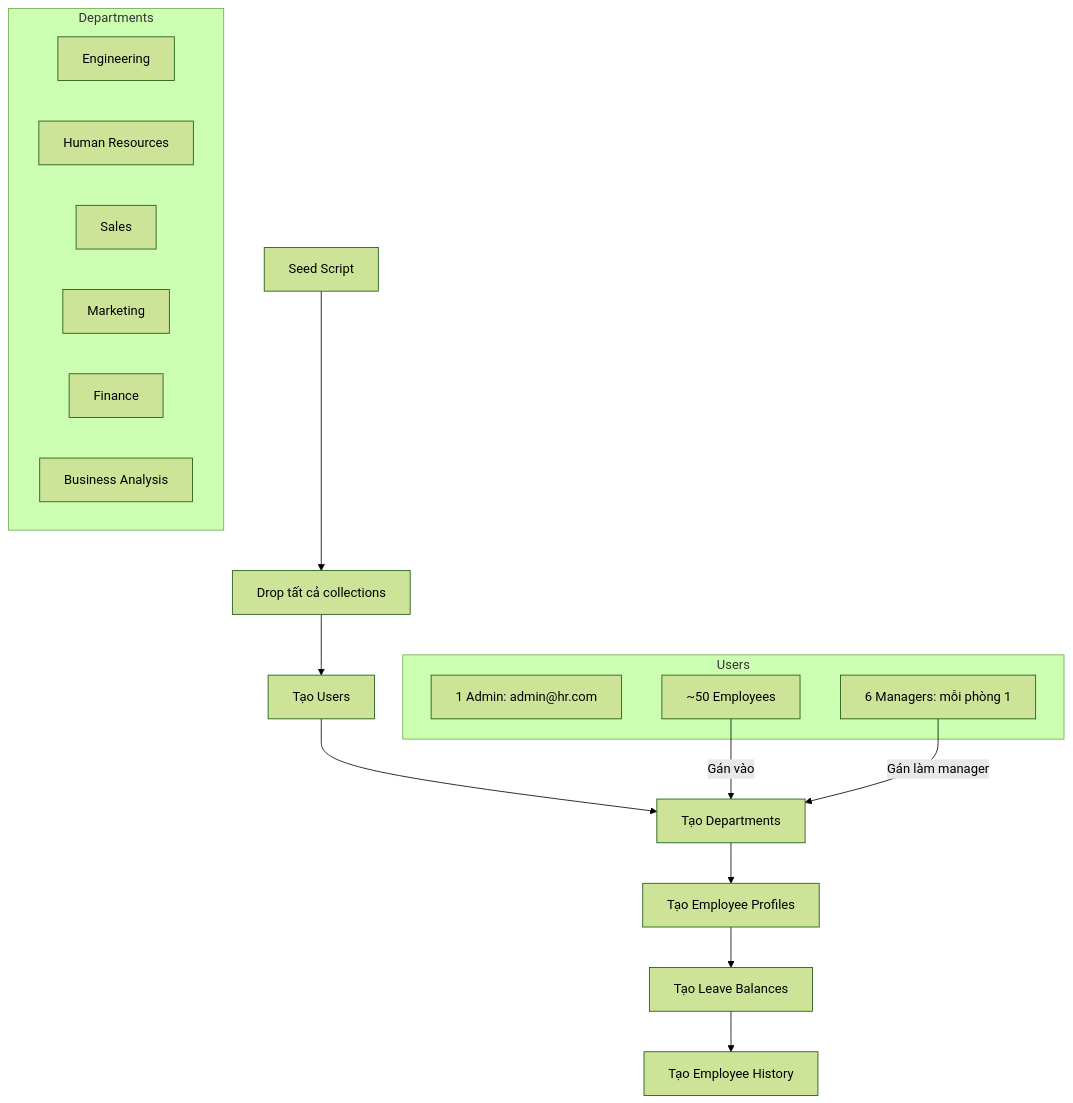
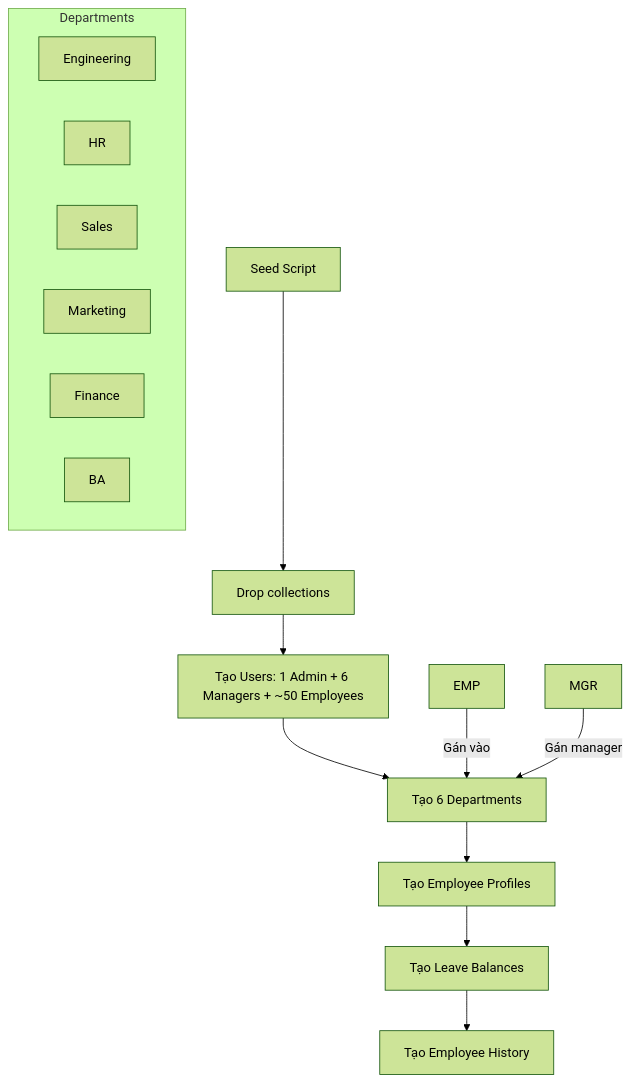
One commit to nghiaxh/hr-management changed the seventh of 24 diagrams in docs/SDD.md. Above: the diagram before and after it, drawn with Mermaid (forest theme). The commit also changed other lines of this file and 8 other files, not shown here.

````diff
--- a/docs/SDD.md
+++ b/docs/SDD.md
@@ -671,29 +535,15 @@
 ```mermaid
 graph TB
-    SEED[Seed Script] --> DROP[Drop tất cả collections]
-    DROP --> USERS[Tạo Users]
-    
-    subgraph Users
-        ADM[1 Admin: admin@hr.com]
-        MGR[6 Managers: mỗi phòng 1]
-        EMP[~50 Employees]
+    SEED[Seed Script] --> DROP[Drop collections]
+    DROP --> USERS[Tạo Users: 1 Admin + 6 Managers + ~50 Employees]
+    USERS --> DEPTS[Tạo 6 Departments]
+    subgraph Departments
+        D1[Engineering] & D2[HR] & D3[Sales]
+        D4[Marketing] & D5[Finance] & D6[BA]
     end
-
-    USERS --> DEPTS[Tạo Departments]
-    
-    subgraph Departments
-        D1[Engineering]
-        D2[Human Resources]
-        D3[Sales]
-        D4[Marketing]
-        D5[Finance]
-        D6[Business Analysis]
-    end
-
     DEPTS --> EMPPROF[Tạo Employee Profiles]
     EMPPROF --> LB[Tạo Leave Balances]
     LB --> HIST[Tạo Employee History]
-    
     EMP -->|Gán vào| DEPTS
-    MGR -->|Gán làm manager| DEPTS
+    MGR -->|Gán manager| DEPTS
 ```
````
